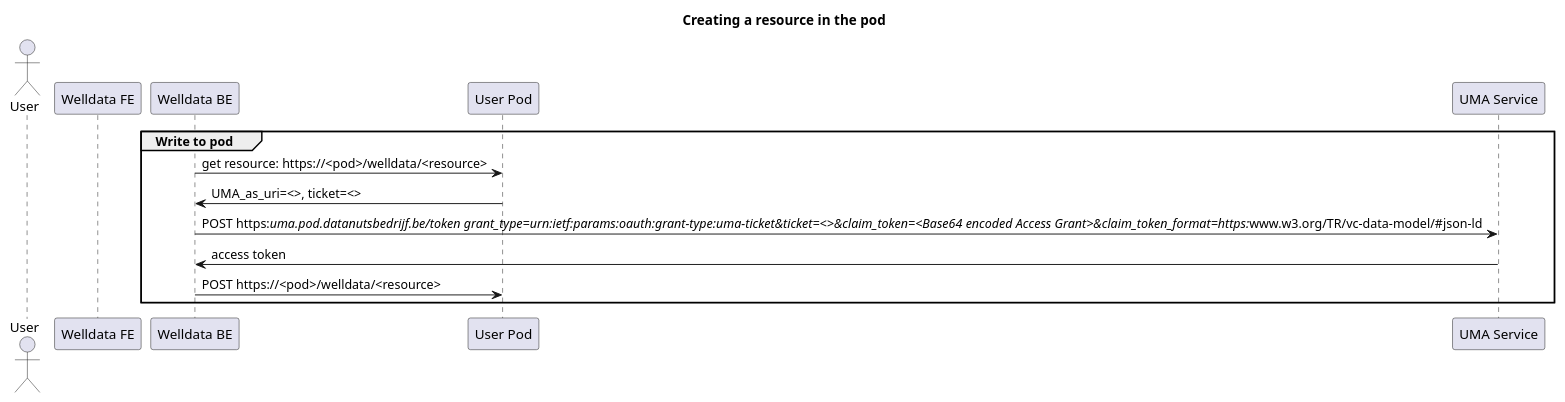
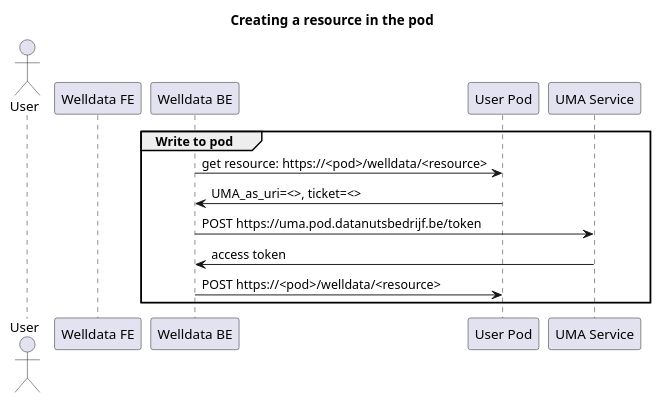
The diagram in input/images-source/pod-access.plantuml (GIDSOpenStandaarden/welldata-implementation-guide), drawn with PlantUML before and after one commit. The commit also changed 1 other file, not shown here.

Commit message:
added parameters for UMA in the docs

```diff
--- a/input/images-source/pod-access.plantuml
+++ b/input/images-source/pod-access.plantuml
@@ -1,17 +1,17 @@
 @startuml
 title Creating a resource in the pod
 actor "User" as user
 participant "Welldata FE" as welldataFE
 participant "Welldata BE" as welldataBE
 participant "User Pod" as pod
 participant "UMA Service" as umaservice
 
 group Write to pod
  welldataBE->pod: get resource: https://<pod>/welldata/<resource>
  pod->welldataBE: UMA_as_uri=<>, ticket=<>
- welldataBE->umaservice: POST https://uma.pod.datanutsbedrijf.be/token grant_type=urn:ietf:params:oauth:grant-type:uma-ticket&ticket=<>&claim_token=<Base64 encoded Access Grant>&claim_token_format=https://www.w3.org/TR/vc-data-model/#json-ld
+ welldataBE->umaservice: POST https://uma.pod.datanutsbedrijf.be/token
  umaservice->welldataBE: access token
  welldataBE->pod: POST https://<pod>/welldata/<resource>
 end
 
 @enduml
```
